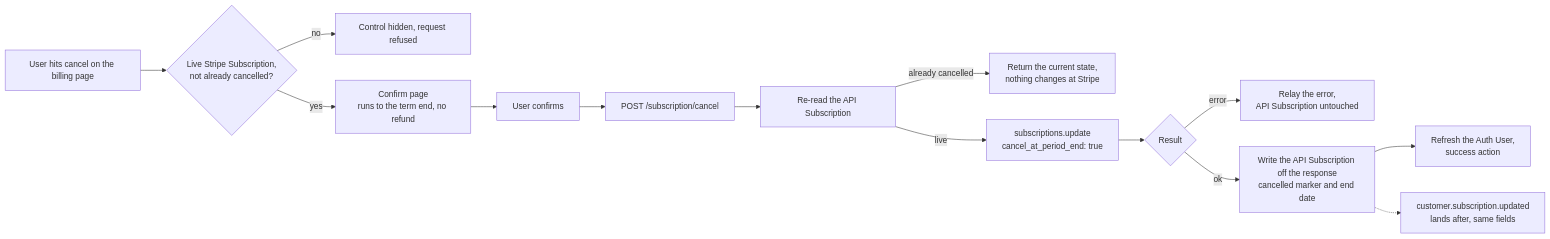
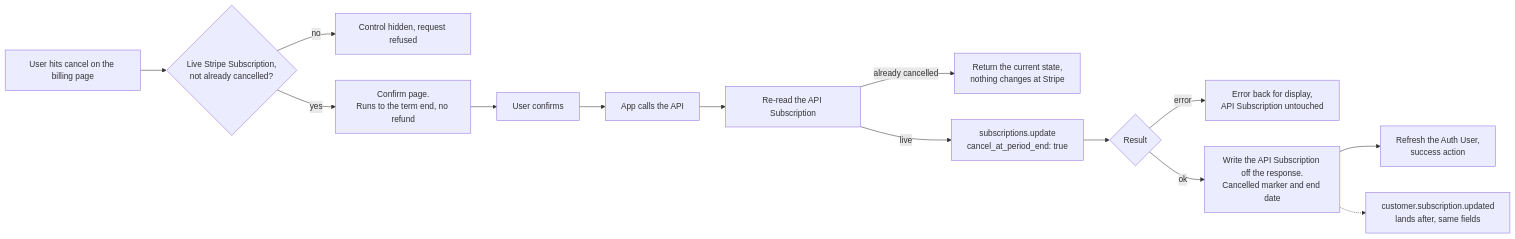
The diagram in public/specs/flows/subscription/stripe/Cancel.md (websanova/starter-flows), drawn with Mermaid before and after one commit. The commit also changed other lines of this file and 4 other files, not shown here.

Commit message:
Update the remaining smaller flows into the new format.

````diff
--- a/public/specs/flows/subscription/stripe/Cancel.md
+++ b/public/specs/flows/subscription/stripe/Cancel.md
@@ -46,21 +42,16 @@
 ```mermaid
 flowchart LR
     A[User hits cancel on the billing page] --> B{Live Stripe Subscription,<br/>not already cancelled?}
-
     B -->|no| C[Control hidden, request refused]
-    B -->|yes| D["Confirm page<br/>runs to the term end, no refund"]
-
+    B -->|yes| D["Confirm page.<br/>Runs to the term end, no refund"]
     D --> E[User confirms]
-    E --> F["POST /subscription/cancel"]
-
+    E --> F[App calls the API]
     F --> G[Re-read the API Subscription]
     G -->|already cancelled| G1[Return the current state,<br/>nothing changes at Stripe]
     G -->|live| H["subscriptions.update<br/>cancel_at_period_end: true"]
-
     H --> I{Result}
-    I -->|error| J[Relay the error,<br/>API Subscription untouched]
-    I -->|ok| K["Write the API Subscription off the response<br/>cancelled marker and end date"]
-
+    I -->|error| J[Error back for display,<br/>API Subscription untouched]
+    I -->|ok| K["Write the API Subscription off the response.<br/>Cancelled marker and end date"]
     K --> L[Refresh the Auth User,<br/>success action]
     K -.-> M["customer.subscription.updated<br/>lands after, same fields"]
 ```
````
